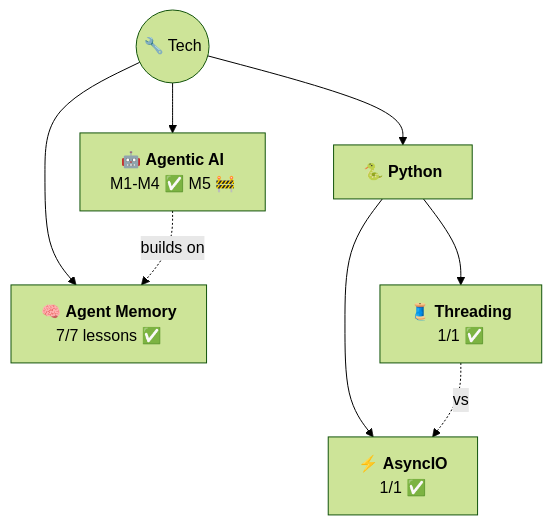
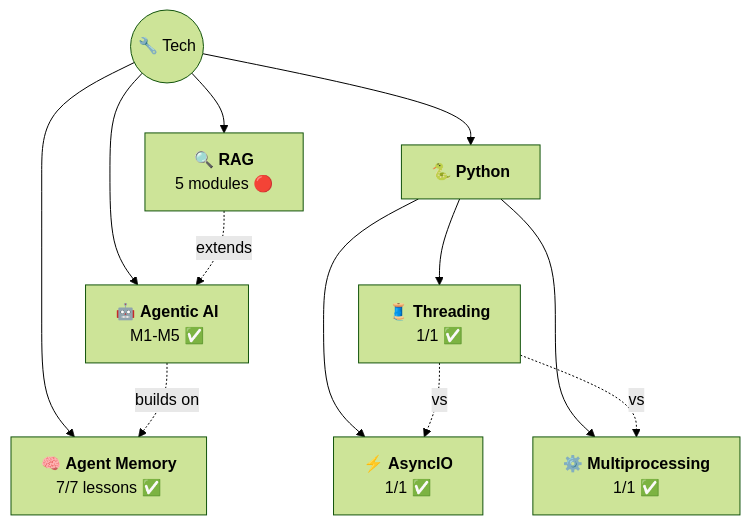
Before and after one commit to AyushSonuu/my-memory: the diagram in tech/README.md, drawn with Mermaid (forest theme). The commit also changed other lines of this file and 245 other files, not shown here.

````diff
--- a/tech/README.md
+++ b/tech/README.md
@@ -5,11 +5,15 @@
 ```mermaid
 graph TB
     T(("🔧 Tech"))
-    T --> AG["🤖 <b>Agentic AI</b><br/>M1-M4 ✅ M5 🚧"]
+    T --> AG["🤖 <b>Agentic AI</b><br/>M1-M5 ✅"]
     T --> AM["🧠 <b>Agent Memory</b><br/>7/7 lessons ✅"]
+    T --> RAG["🔍 <b>RAG</b><br/>5 modules 🔴"]
     T --> PY["🐍 <b>Python</b>"]
     PY --> AIO["⚡ <b>AsyncIO</b><br/>1/1 ✅"]
     PY --> THR["🧵 <b>Threading</b><br/>1/1 ✅"]
+    PY --> MP["⚙️ <b>Multiprocessing</b><br/>1/1 ✅"]
     AG -.->|"builds on"| AM
+    RAG -.->|"extends"| AG
     THR -.->|"vs"| AIO
+    THR -.->|"vs"| MP
 ```
````
